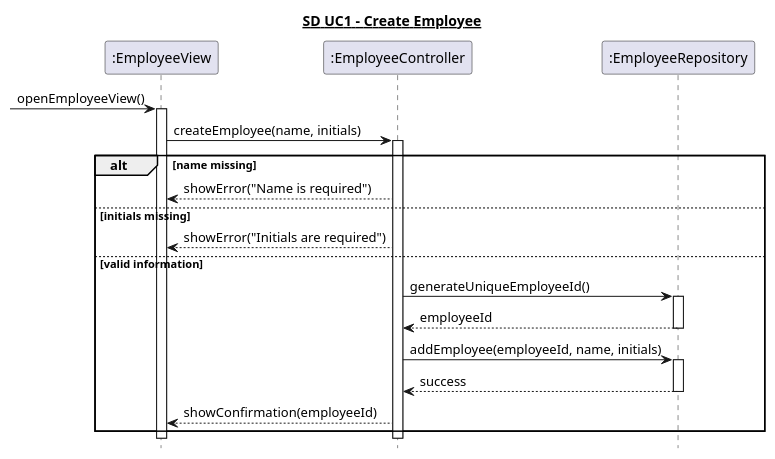
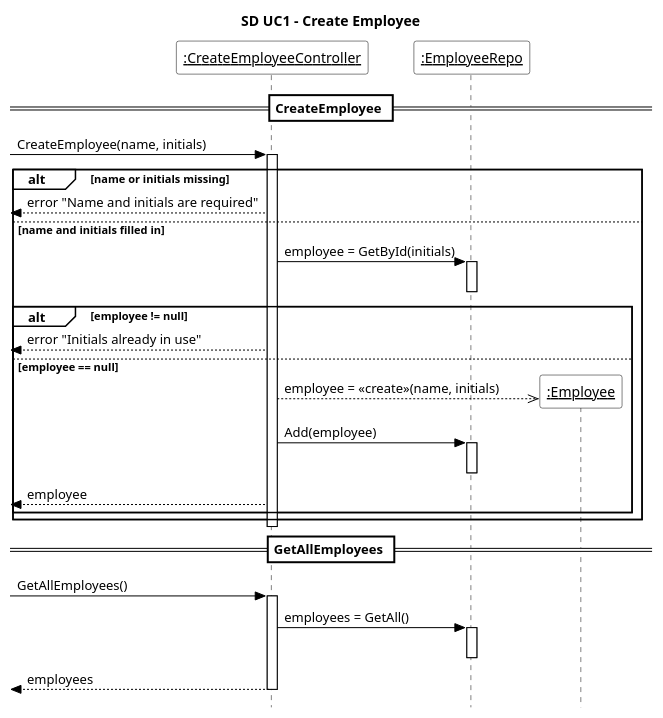
The diagram in 6. Sekvens Diagrammer/UC1_opret_medarbejder.puml (Zoabz/Getting-Real), drawn with PlantUML before and after one commit. The commit also changed 48 other files, not shown here.

```diff
--- a/6. Sekvens Diagrammer/UC1_opret_medarbejder.puml
+++ b/6. Sekvens Diagrammer/UC1_opret_medarbejder.puml
@@ -1,38 +1,61 @@
 @startuml
+' SD i samme stil som undervisningens SD for RegisterGuest (Pr20)
+skinparam style strictuml
+skinparam ParticipantBackgroundColor white
+skinparam ParticipantBorderColor black
+skinparam ArrowColor black
+skinparam SequenceLifeLineBorderColor black
+skinparam SequenceGroupBackgroundColor white
+skinparam SequenceGroupBorderColor black
+skinparam SequenceDividerBackgroundColor white
+skinparam SequenceDividerBorderColor black
+skinparam NoteBackgroundColor white
+skinparam NoteBorderColor black
+skinparam ActivationBackgroundColor white
+skinparam shadowing false
+skinparam sequenceParticipant underline
+skinparam defaultFontName Arial
 hide footbox
-title <U>SD UC1 - Create Employee
+title SD UC1 - Create Employee
 
-participant ":EmployeeView" as View
-participant ":EmployeeController" as Controller
-participant ":EmployeeRepository" as Repository
+participant ":CreateEmployeeController" as C
+participant ":EmployeeRepo" as R
 
-[-> View : openEmployeeView()
-activate View
+== CreateEmployee ==
+[-> C : CreateEmployee(name, initials)
+activate C
 
-View -> Controller : createEmployee(name, initials)
-activate Controller
+alt name or initials missing
+    [<-- C : error "Name and initials are required"
 
-alt name missing
-    Controller --> View : showError("Name is required")
+else name and initials filled in
+    C -> R : employee = GetById(initials)
+    activate R
+    deactivate R
 
-else initials missing
-    Controller --> View : showError("Initials are required")
+    alt employee != null
+        [<-- C : error "Initials already in use"
 
-else valid information
-    Controller -> Repository : generateUniqueEmployeeId()
-    activate Repository
-    Repository --> Controller : employeeId
-    deactivate Repository
+    else employee == null
+        create participant ":Employee" as E
+        C -->> E : employee = «create»(name, initials)
 
-    Controller -> Repository : addEmployee(employeeId, name, initials)
-    activate Repository
-    Repository --> Controller : success
-    deactivate Repository
+        C -> R : Add(employee)
+        activate R
+        deactivate R
 
-    Controller --> View : showConfirmation(employeeId)
+        [<-- C : employee
+    end
 end
+deactivate C
 
-deactivate Controller
-deactivate View
+== GetAllEmployees ==
+[-> C : GetAllEmployees()
+activate C
+C -> R : employees = GetAll()
+activate R
+deactivate R
+[<-- C : employees
+deactivate C
 
 @enduml
```
